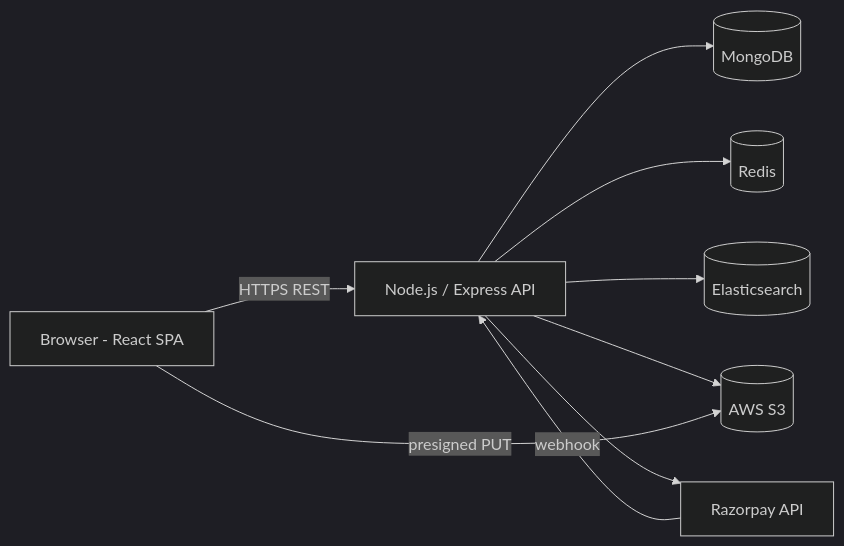
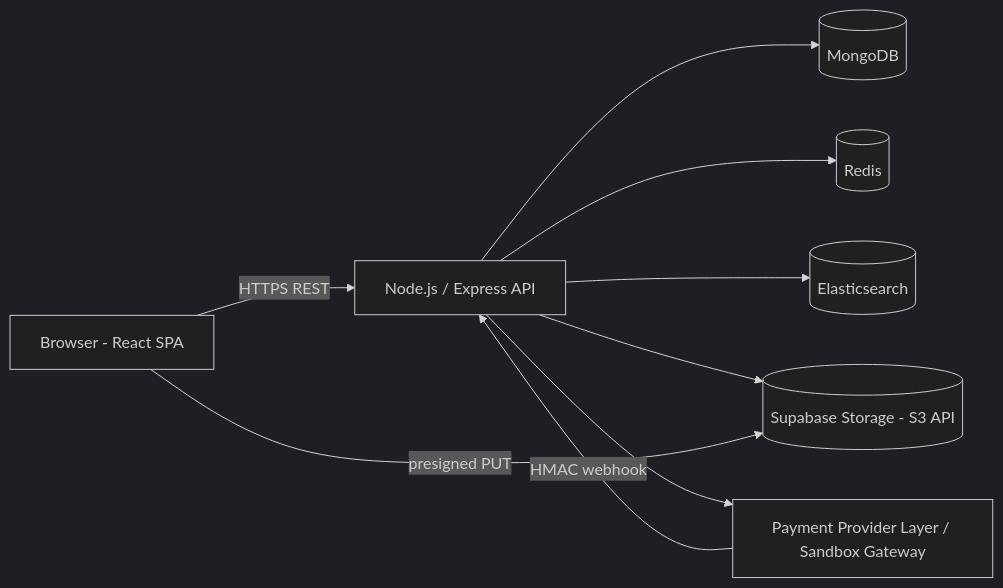
One commit to Itachi210-cmd/Multi-Vendor-E-Commerce-Marketplace changed the diagram in docs/marketplace-project-doc.md. Above: the diagram before and after it, drawn with Mermaid (dark theme). The commit also changed other lines of this file and 30 other files, not shown here.

````diff
--- a/docs/marketplace-project-doc.md
+++ b/docs/marketplace-project-doc.md
@@ -83,11 +84,11 @@
 ```mermaid
 flowchart LR
     U[Browser - React SPA] -->|HTTPS REST| API[Node.js / Express API]
     API --> M[(MongoDB)]
     API --> R[(Redis)]
     API --> ES[(Elasticsearch)]
-    API --> S3[(AWS S3)]
-    API --> RP[Razorpay API]
-    RP -->|webhook| API
-    U -->|presigned PUT| S3
+    API --> SB[(Supabase Storage - S3 API)]
+    API --> PG[Payment Provider Layer / Sandbox Gateway]
+    PG -->|HMAC webhook| API
+    U -->|presigned PUT| SB
 ```
````
